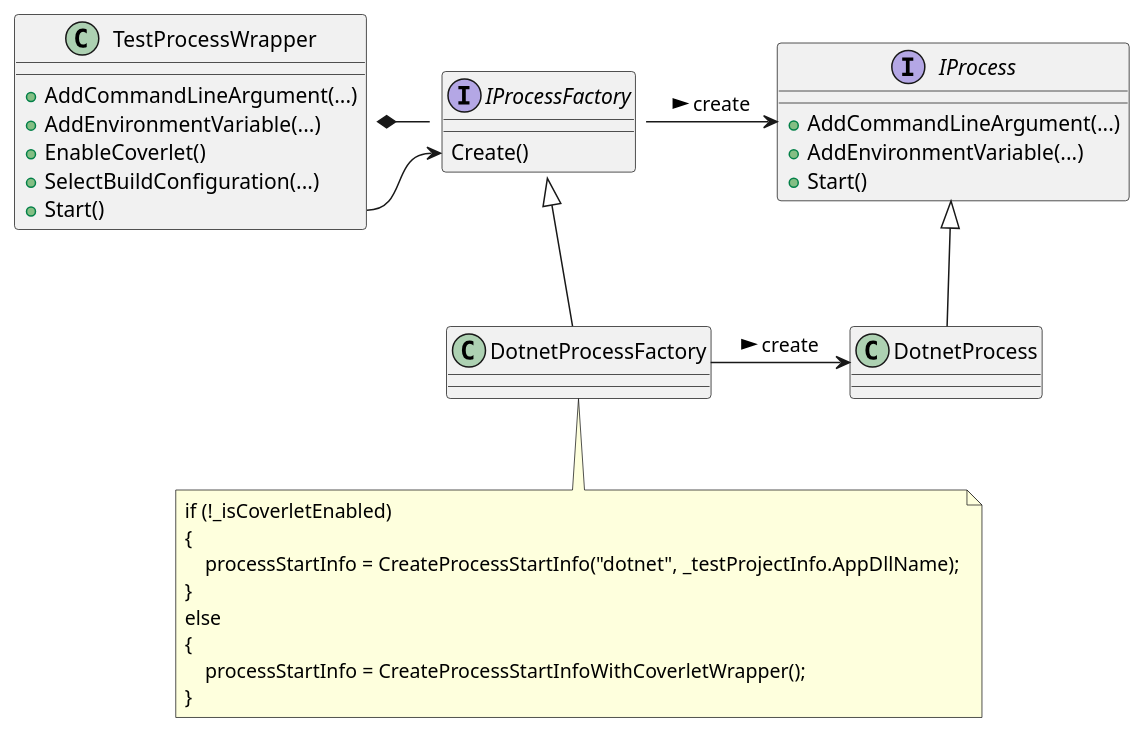
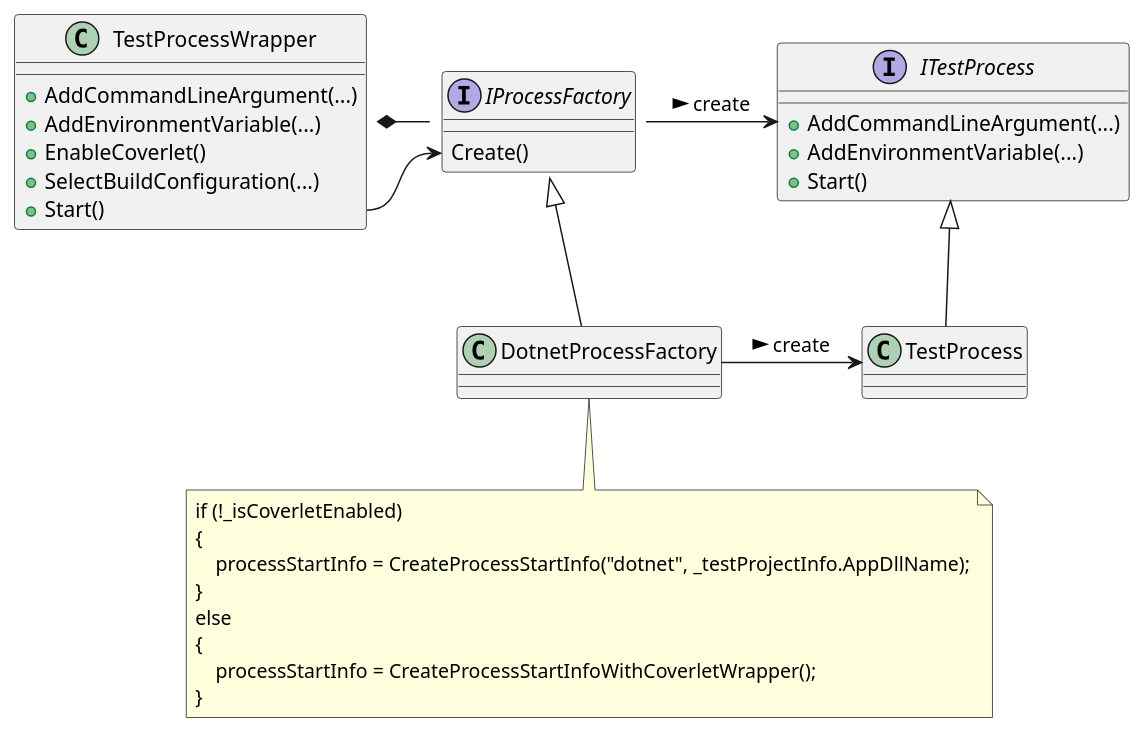
Before and after one commit to wonderbird/TestProcessWrapper: the diagram in docs/current_create_process.puml, drawn with PlantUML.

Commit message:
docs: update current_create_process.puml #85

```diff
--- a/docs/current_create_process.puml
+++ b/docs/current_create_process.puml
@@ -1,43 +1,43 @@
 @startuml
 class "TestProcessWrapper" as wrapper {
   + AddCommandLineArgument(...)
   + AddEnvironmentVariable(...)
   + EnableCoverlet()
   + SelectBuildConfiguration(...)
   + Start()
 }
 
 interface "IProcessFactory" as factory_if
 factory_if : Create()
 
 class "DotnetProcessFactory" as factory
 
-interface "IProcess" as process_if {
+interface "ITestProcess" as process_if {
   + AddCommandLineArgument(...)
   + AddEnvironmentVariable(...)
   + Start()
 }
 
-class "DotnetProcess" as process
+class "TestProcess" as process
 
 factory_if <|-- factory
 process_if <|-- process
 
 factory_if -> process_if :  create >
 factory -> process : create >
 
 wrapper *- factory_if
 
 wrapper::Start --> factory_if::Create
 
 note bottom of factory
 if (!_isCoverletEnabled)
 {
     processStartInfo = CreateProcessStartInfo("dotnet", _testProjectInfo.AppDllName);
 }
 else
 {
     processStartInfo = CreateProcessStartInfoWithCoverletWrapper();
 }
 end note
 @enduml
```
